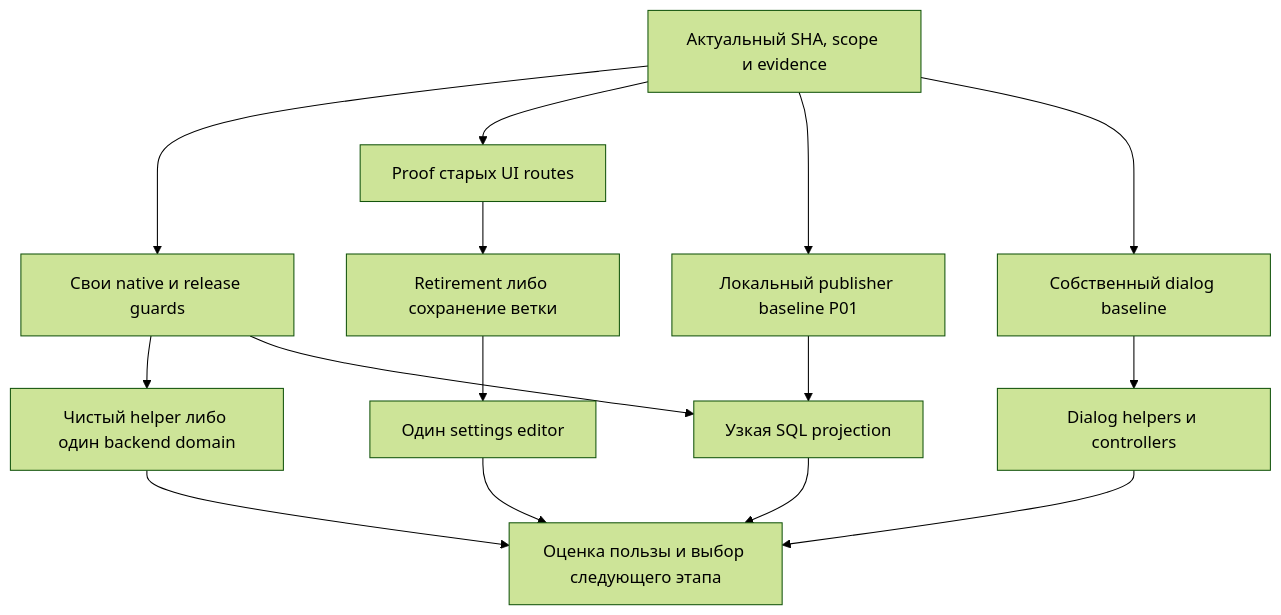
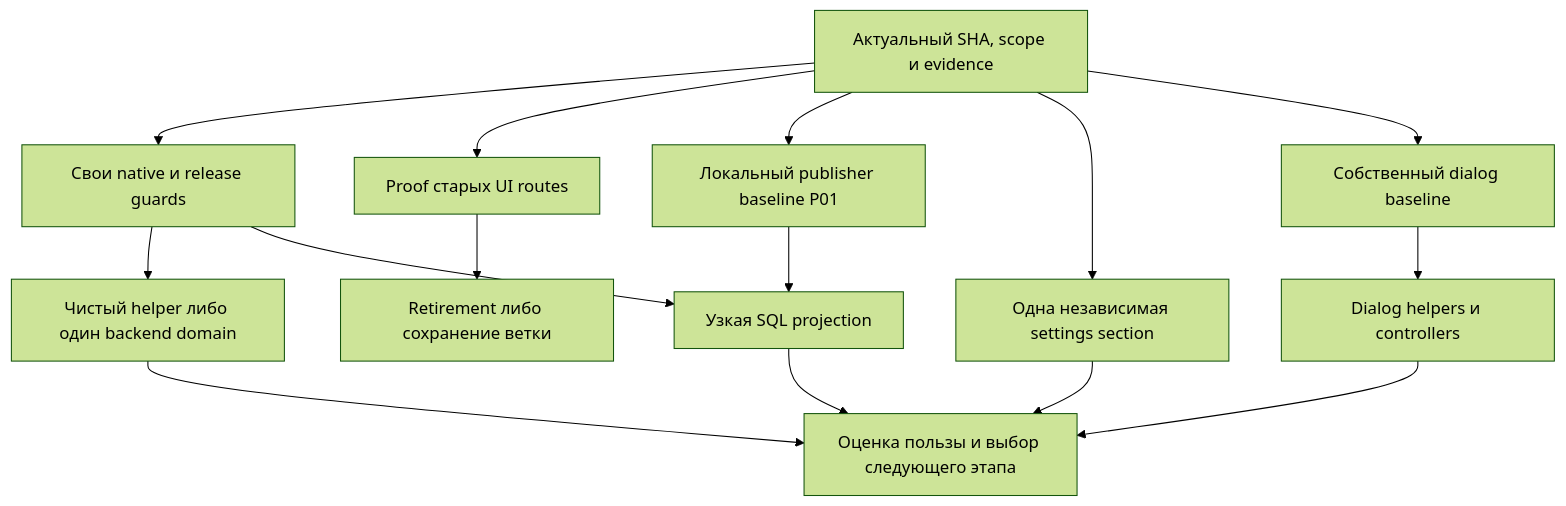
One commit to GameclubPro/Major-Maksimov changed the diagram in docs/operations/plans/2026-11-01-safe-refactoring-roadmap.md. Above: the diagram before and after it, drawn with Mermaid (forest theme). The commit also changed other lines of this file and 2 other files, not shown here.

````diff
--- a/docs/operations/plans/2026-11-01-safe-refactoring-roadmap.md
+++ b/docs/operations/plans/2026-11-01-safe-refactoring-roadmap.md
@@ -33,17 +37,17 @@
 ```mermaid
 flowchart TD
   A[Актуальный SHA, scope и evidence] --> B[Свои native и release guards]
   A --> C[Proof старых UI routes]
   A --> M[Локальный publisher baseline P01]
   B --> D[Чистый helper либо один backend domain]
   C --> E[Retirement либо сохранение ветки]
-  E --> H[Один settings editor]
+  A --> H[Одна независимая settings section]
   A --> I[Собственный dialog baseline]
   I --> J[Dialog helpers и controllers]
   B --> F[Узкая SQL projection]
   M --> F
   D --> G[Оценка пользы и выбор следующего этапа]
   H --> G
   J --> G
   F --> G
 ```
````
